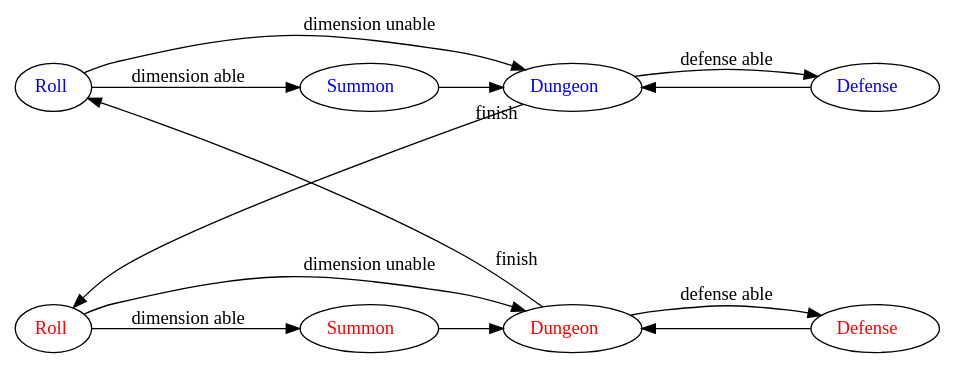
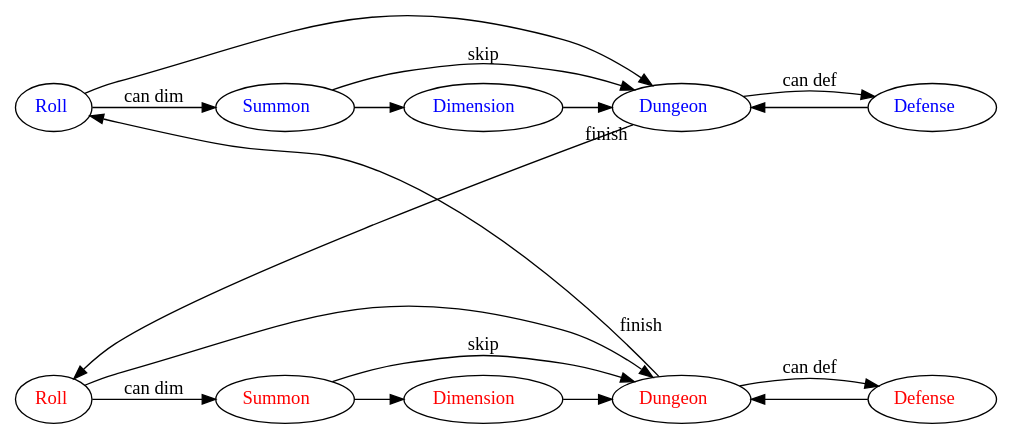
The diagram in diagrams/duel state machine/duel_state_machine.dot (francocurotto/YDDM-re-old), drawn with Graphviz before and after one commit. The commit also changed 3 other files, not shown here.

```diff
--- a/diagrams/duel state machine/duel_state_machine.dot
+++ b/diagrams/duel state machine/duel_state_machine.dot
@@ -1,32 +1,38 @@
 digraph duel {
     // parameters
     rankdir="LR";
     
     // nodes definition 
-    roll1    [label=<<font color="blue">Roll</font>>];
-    dungeon1 [label=<<font color="blue">Dungeon</font>>];
-    summon1  [label=<<font color="blue">Summon</font>>];
-    defense1 [label=<<font color="blue">Defense</font>>];
-    roll2    [label=<<font color="red">Roll</font>>];
-    dungeon2 [label=<<font color="red">Dungeon</font>>];
-    summon2  [label=<<font color="red">Summon</font>>];
-    defense2 [label=<<font color="red">Defense</font>>];
+    roll1      [label=<<font color="blue">Roll</font>>];
+    dungeon1   [label=<<font color="blue">Dungeon</font>>];
+    summon1    [label=<<font color="blue">Summon</font>>];
+    dimension1 [label=<<font color="blue">Dimension</font>>];
+    defense1   [label=<<font color="blue">Defense</font>>];
+    roll2      [label=<<font color="red">Roll</font>>];
+    dungeon2   [label=<<font color="red">Dungeon</font>>];
+    summon2    [label=<<font color="red">Summon</font>>];
+    defense2   [label=<<font color="red">Defense</font>>];
+    dimension2 [label=<<font color="red">Dimension</font>>];
 
     // player 1 duel states
-    roll1    -> dungeon1 [label="dimension unable", weight=0];
-    roll1    -> summon1 [label="dimension able"];
-    summon1  -> dungeon1;
-    dungeon1 -> defense1 [label="defense able", weight=0];
-    defense1 -> dungeon1;
+    roll1      -> dungeon1 [weight=0];
+    roll1      -> summon1 [label="can dim"];
+    summon1    -> dimension1;
+    summon1    -> dungeon1 [label="skip", weight=0];
+    dimension1 -> dungeon1;
+    dungeon1   -> defense1 [label="can def", weight=0];
+    defense1   -> dungeon1;
 
     // player 2 duel states
-    roll2    -> dungeon2 [label="dimension unable", weight=0];
-    roll2    -> summon2 [label="dimension able"];
-    summon2  -> dungeon2;
-    dungeon2 -> defense2 [label="defense able", weight=0];
-    defense2 -> dungeon2;
+    roll2      -> dungeon2 [weight=0];
+    roll2      -> summon2 [label="can dim"];
+    summon2    -> dimension2;
+    summon2    -> dungeon2 [label="skip", weight=0];
+    dimension2 -> dungeon2;
+    dungeon2   -> defense2 [label="can def", weight=0];
+    defense2   -> dungeon2;
 
     // turn transition states
     dungeon2 -> roll1 [taillabel="finish", labeldistance=4,constraint=false];
     dungeon1 -> roll2 [taillabel="finish", constraint=false];
 }
```
